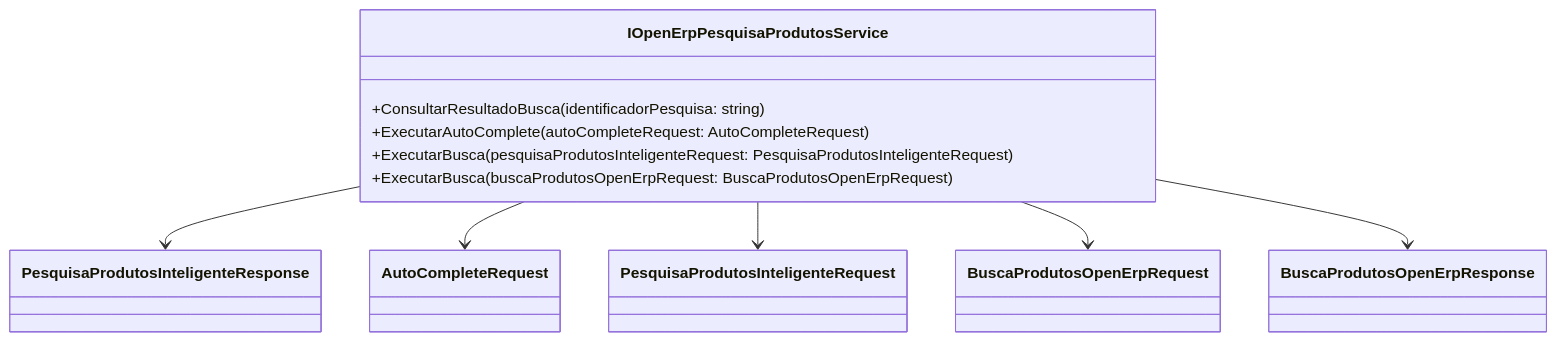
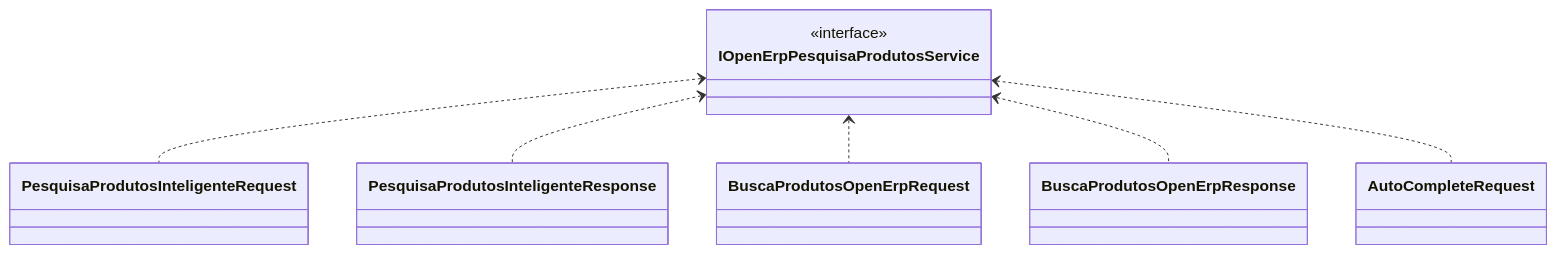
Before and after one commit to IsthmusSistemas/documentacao-tecnica: the diagram in docs/b2b-dominio/IsthmusWinthor.Nucleo/IsthmusWinthor.Dominio/Interfaces/OpenErpConectores/IOpenErpPesquisaProdutosService.md, drawn with Mermaid. The commit also changed other lines of this file and 882 other files, not shown here.

````diff
--- a/docs/b2b-dominio/IsthmusWinthor.Nucleo/IsthmusWinthor.Dominio/Interfaces/OpenErpConectores/IOpenErpPesquisaProdutosService.md
+++ b/docs/b2b-dominio/IsthmusWinthor.Nucleo/IsthmusWinthor.Dominio/Interfaces/OpenErpConectores/IOpenErpPesquisaProdutosService.md
@@ -58,15 +38,17 @@
 ```mermaid
 classDiagram
     class IOpenErpPesquisaProdutosService {
-        +ConsultarResultadoBusca(identificadorPesquisa: string) 
-        +ExecutarAutoComplete(autoCompleteRequest: AutoCompleteRequest) 
-        +ExecutarBusca(pesquisaProdutosInteligenteRequest: PesquisaProdutosInteligenteRequest) 
-        +ExecutarBusca(buscaProdutosOpenErpRequest: BuscaProdutosOpenErpRequest) 
+        <<interface>>
     }
-    
-    IOpenErpPesquisaProdutosService --> PesquisaProdutosInteligenteResponse
-    IOpenErpPesquisaProdutosService --> AutoCompleteRequest
-    IOpenErpPesquisaProdutosService --> PesquisaProdutosInteligenteRequest
-    IOpenErpPesquisaProdutosService --> BuscaProdutosOpenErpRequest
-    IOpenErpPesquisaProdutosService --> BuscaProdutosOpenErpResponse
+    class PesquisaProdutosInteligenteRequest
+    class PesquisaProdutosInteligenteResponse
+    class BuscaProdutosOpenErpRequest
+    class BuscaProdutosOpenErpResponse
+    class AutoCompleteRequest
+
+    IOpenErpPesquisaProdutosService <.. PesquisaProdutosInteligenteRequest
+    IOpenErpPesquisaProdutosService <.. PesquisaProdutosInteligenteResponse
+    IOpenErpPesquisaProdutosService <.. BuscaProdutosOpenErpRequest
+    IOpenErpPesquisaProdutosService <.. BuscaProdutosOpenErpResponse
+    IOpenErpPesquisaProdutosService <.. AutoCompleteRequest
 ```
````
